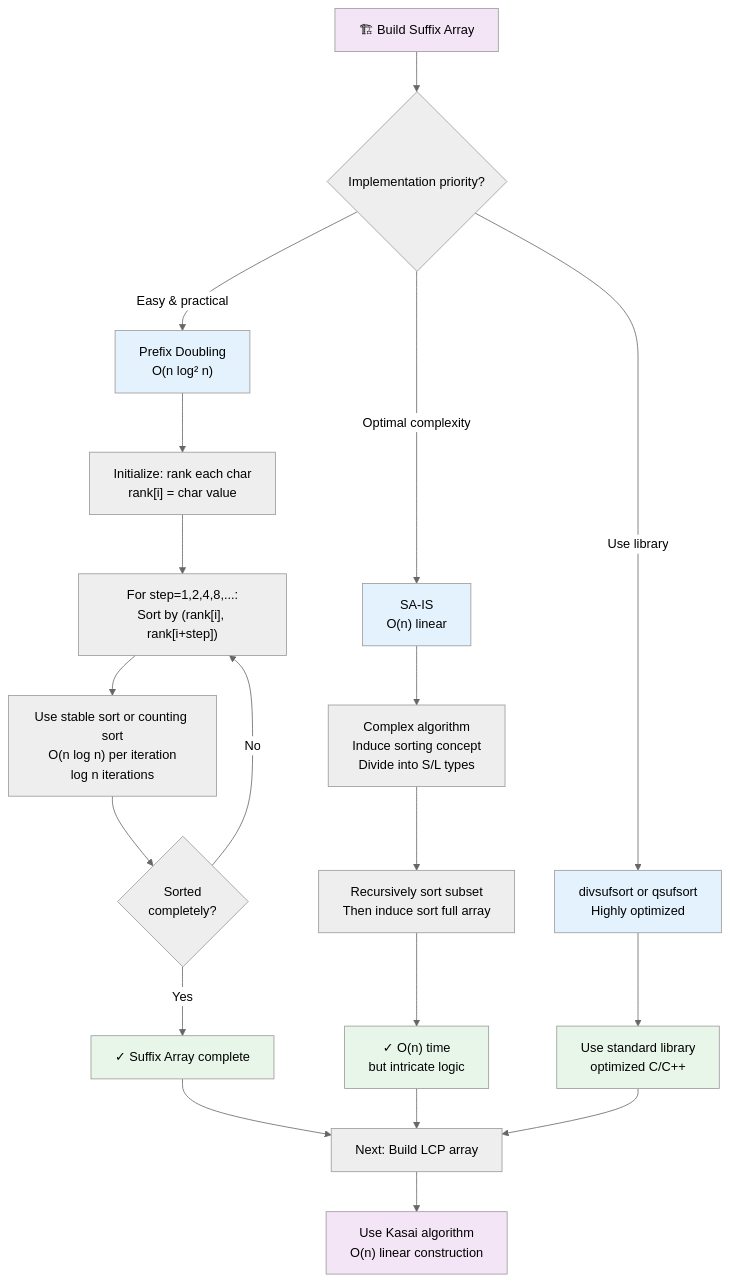
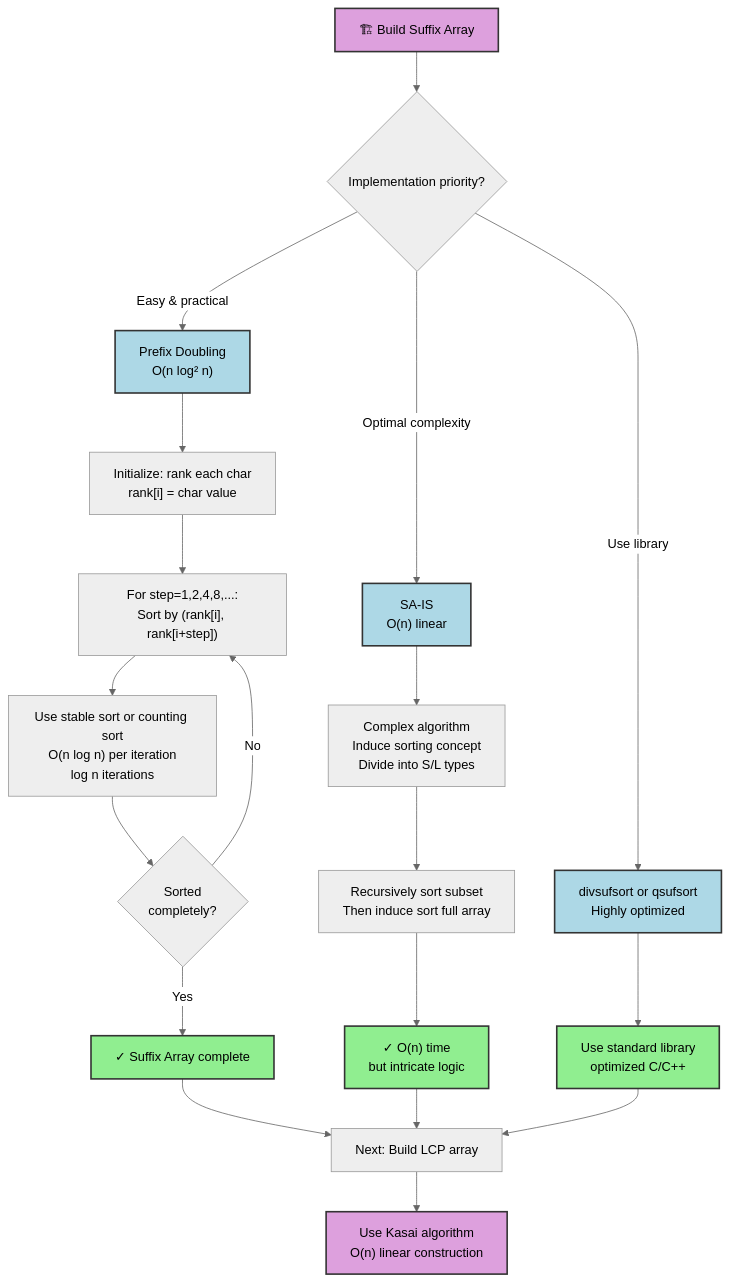
Before and after one commit to souradeepta/interviewprep: the second of 4 diagrams in docs/advanced_ds/suffix_array.md, drawn with Mermaid (neutral theme). The commit also changed other lines of this file and 31 other files, not shown here.

Commit message:
updated graphs

````diff
--- a/docs/advanced_ds/suffix_array.md
+++ b/docs/advanced_ds/suffix_array.md
@@ -129,30 +129,30 @@
 ```mermaid
 flowchart TD
     A["🏗 Build Suffix Array"] --> B{Implementation priority?}
     B -->|Easy & practical| C["Prefix Doubling<br/>O(n log² n)"]
     B -->|Optimal complexity| D["SA-IS<br/>O(n) linear"]
     B -->|Use library| E["divsufsort or qsufsort<br/>Highly optimized"]
     C --> F["Initialize: rank each char<br/>rank[i] = char value"]
     F --> G["For step=1,2,4,8,...:<br/>Sort by (rank[i], rank[i+step])"]
     G --> H["Use stable sort or counting sort<br/>O(n log n) per iteration<br/>log n iterations"]
     H --> I{"Sorted<br/>completely?"}
     I -->|No| G
     I -->|Yes| J["✓ Suffix Array complete"]
     D --> K["Complex algorithm<br/>Induce sorting concept<br/>Divide into S/L types"]
     K --> L["Recursively sort subset<br/>Then induce sort full array"]
     L --> M["✓ O(n) time<br/>but intricate logic"]
     E --> N["Use standard library<br/>optimized C/C++"]
     J --> O["Next: Build LCP array"]
     M --> O
     N --> O
     O --> P["Use Kasai algorithm<br/>O(n) linear construction"]
     
-    style A fill:#f3e5f5
-    style C fill:#e3f2fd
-    style D fill:#e3f2fd
-    style E fill:#e3f2fd
-    style J fill:#e8f5e9
-    style M fill:#e8f5e9
-    style N fill:#e8f5e9
-    style P fill:#f3e5f5
+    style A fill:#dda0dd,color:#000,stroke:#333,stroke-width:2px
+    style C fill:#add8e6,color:#000,stroke:#333,stroke-width:2px
+    style D fill:#add8e6,color:#000,stroke:#333,stroke-width:2px
+    style E fill:#add8e6,color:#000,stroke:#333,stroke-width:2px
+    style J fill:#90ee90,color:#000,stroke:#333,stroke-width:2px
+    style M fill:#90ee90,color:#000,stroke:#333,stroke-width:2px
+    style N fill:#90ee90,color:#000,stroke:#333,stroke-width:2px
+    style P fill:#dda0dd,color:#000,stroke:#333,stroke-width:2px
 ```
````
